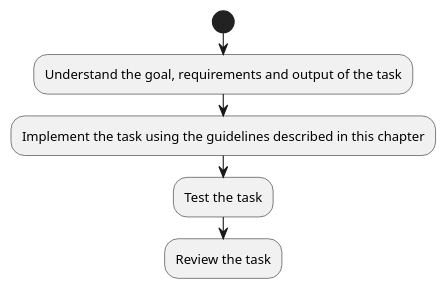
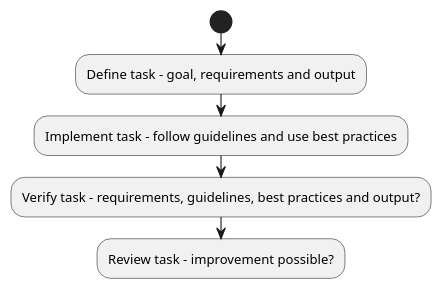
Before and after one commit to RFS-0/blog.resrc.ch: the diagram in docs/diagrams/development_process.puml, drawn with PlantUML. The commit also changed 4 other files, not shown here.

Commit message:
task: define task for site navigation

```diff
--- a/docs/diagrams/development_process.puml
+++ b/docs/diagrams/development_process.puml
@@ -1,13 +1,13 @@
 @startuml
 
 start
 
-:Understand the goal, requirements and output of the task;
+:Define task - goal, requirements and output;
 
-:Implement the task using the guidelines described in this chapter;
+:Implement task - follow guidelines and use best practices;
 
-:Test the task;
+:Verify task - requirements, guidelines, best practices and output?;
 
-:Review the task;
+:Review task - improvement possible?;
 
 @enduml
```
